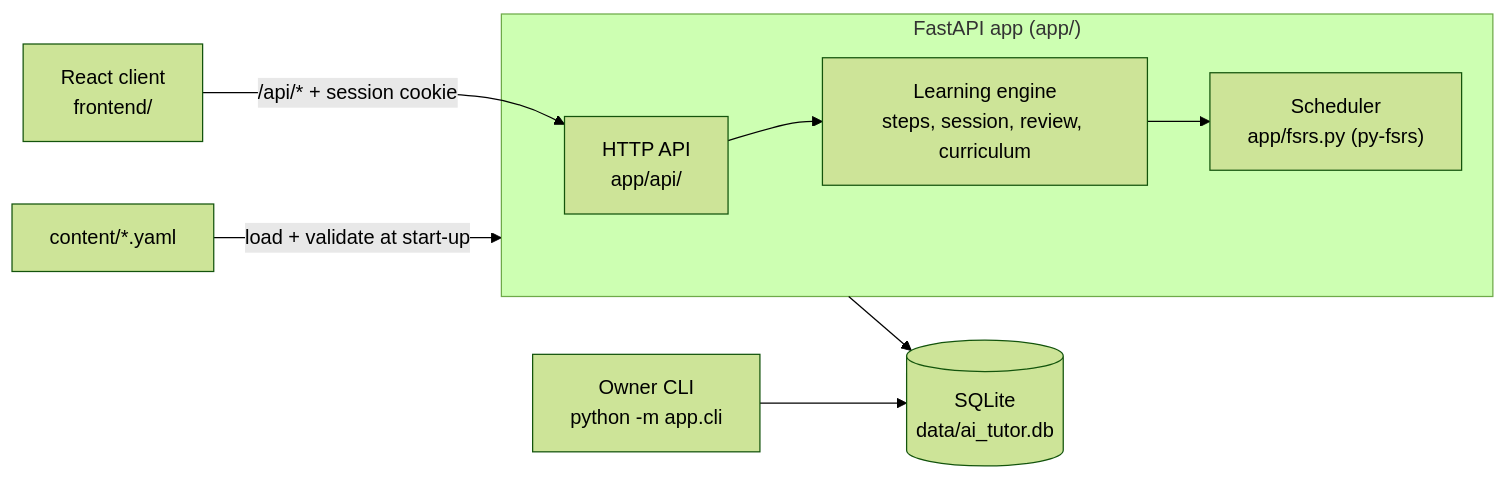
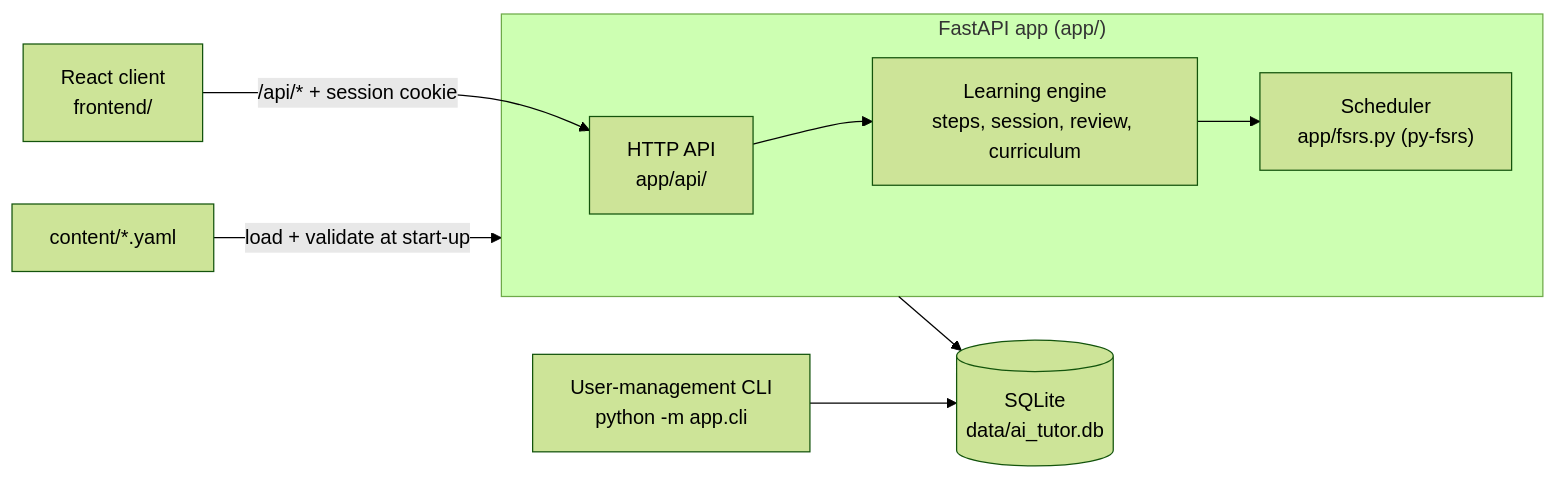
The first of 2 diagrams in docs/architecture.md (Marid5/ai-tutor), drawn with Mermaid (forest theme) before and after one commit. The commit also changed other lines of this file and 8 other files, not shown here.

````diff
--- a/docs/architecture.md
+++ b/docs/architecture.md
@@ -5,11 +5,11 @@
 ```mermaid
 flowchart LR
     yaml["content/*.yaml"] -- "load + validate at start-up" --> app
     subgraph app["FastAPI app (app/)"]
         api["HTTP API<br/>app/api/"] --> engine["Learning engine<br/>steps, session, review, curriculum"]
         engine --> fsrs["Scheduler<br/>app/fsrs.py (py-fsrs)"]
     end
     client["React client<br/>frontend/"] -- "/api/* + session cookie" --> api
     app --> db[("SQLite<br/>data/ai_tutor.db")]
-    cli["Owner CLI<br/>python -m app.cli"] --> db
+    cli["User-management CLI<br/>python -m app.cli"] --> db
 ```
````
